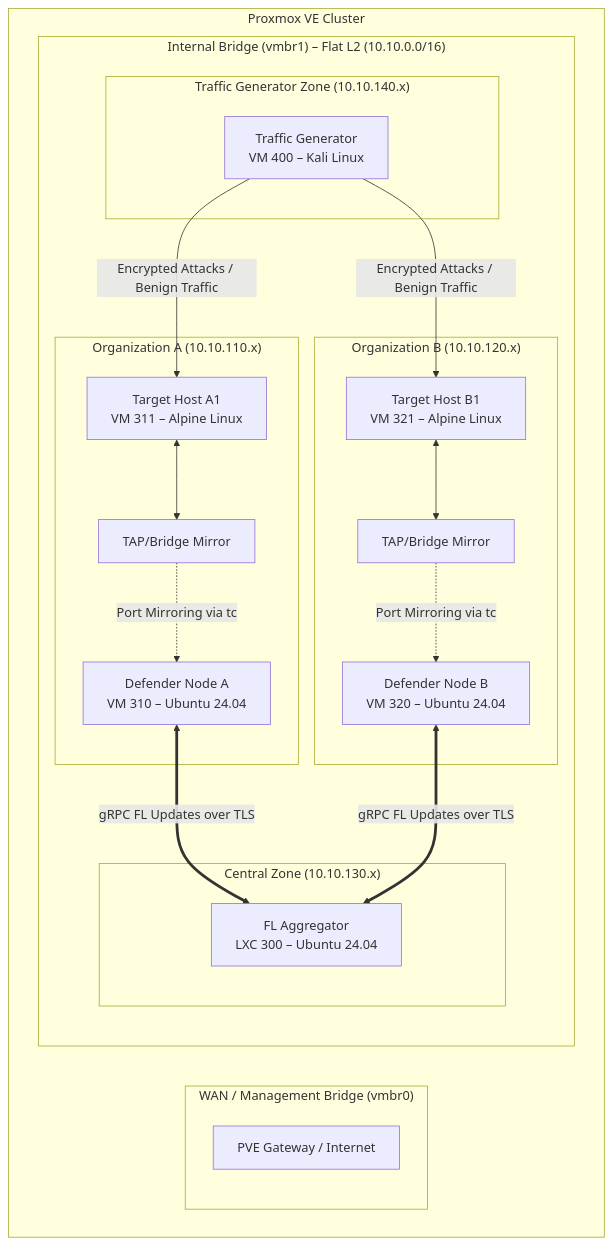
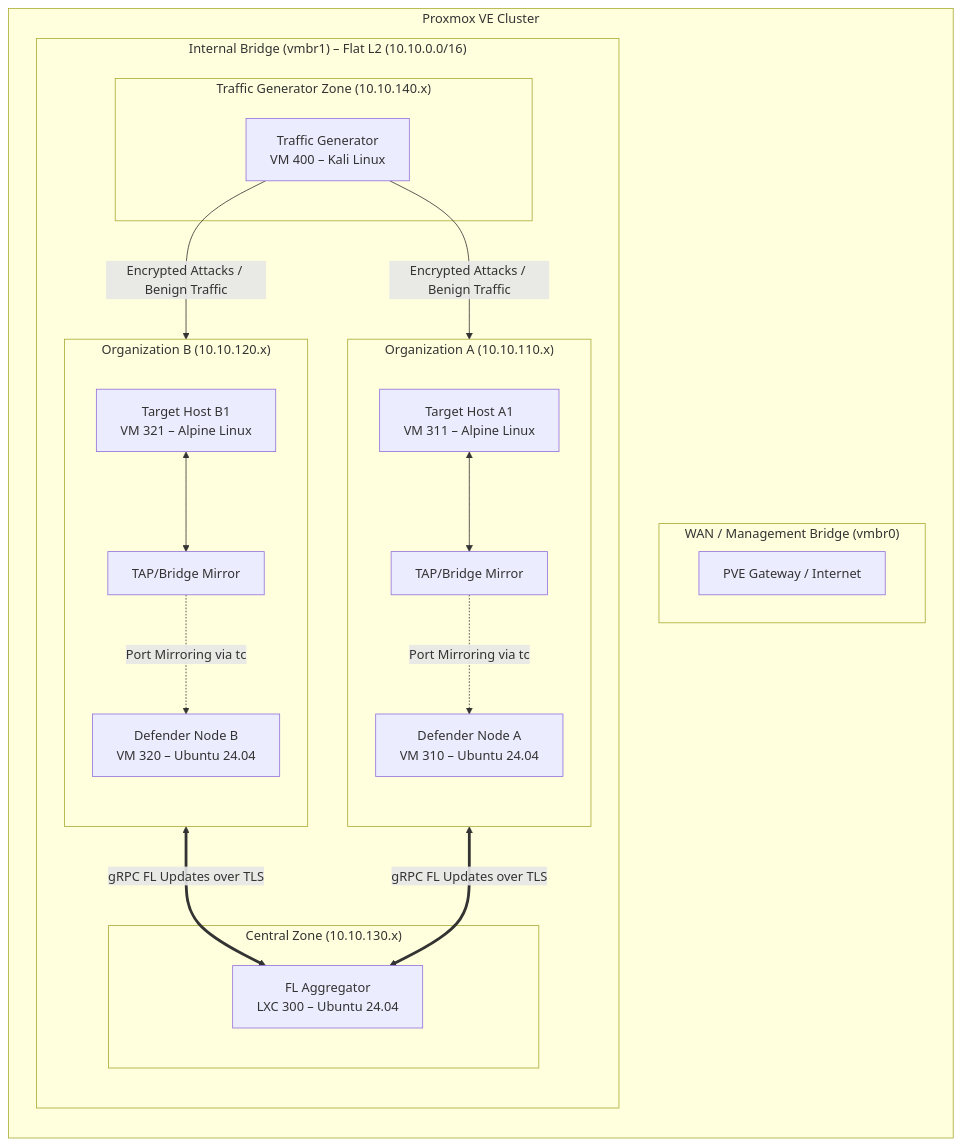
One commit to rhaffle87/fl-cl changed the first of 4 diagrams in docs/02_architecture.md. Above: the diagram before and after it, drawn with Mermaid. The commit also changed other lines of this file and 30 other files, not shown here.

Commit message:
feat: implement multi-architecture threat classification models and expand project documentation infrastructure

````diff
--- a/docs/02_architecture.md
+++ b/docs/02_architecture.md
@@ -22,42 +22,46 @@
 ```mermaid
-graph TD
- subgraph PVE_Cluster ["Proxmox VE Cluster"]
- subgraph WAN_Mgmt["WAN / Management Bridge (vmbr0)"]
- Router[PVE Gateway / Internet]
- end
+flowchart TD
+    subgraph PVE_Cluster ["Proxmox VE Cluster"]
+        direction TB
+        subgraph WAN_Mgmt ["WAN / Management Bridge (vmbr0)"]
+            Router["PVE Gateway / Internet"]
+        end
 
- subgraph SDN["Internal Bridge (vmbr1) – Flat L2 (10.10.0.0/16)"]
- subgraph CentralZone["Central Zone (10.10.130.x)"]
- Aggregator["FL Aggregator<br/>LXC 300 – Ubuntu 24.04"]
- end
- 
- subgraph OrgA["Organization A (10.10.110.x)"]
- DefenderA["Defender Node A<br/>VM 310 – Ubuntu 24.04"]
- TargetA["Target Host A1<br/>VM 311 – Alpine Linux"]
- MirrorA["TAP/Bridge Mirror"]
- end
+        subgraph SDN ["Internal Bridge (vmbr1) – Flat L2 (10.10.0.0/16)"]
+            direction TB
+            subgraph CentralZone ["Central Zone (10.10.130.x)"]
+                Aggregator["FL Aggregator<br/>LXC 300 – Ubuntu 24.04"]
+            end
 
- subgraph OrgB["Organization B (10.10.120.x)"]
- DefenderB["Defender Node B<br/>VM 320 – Ubuntu 24.04"]
- TargetB["Target Host B1<br/>VM 321 – Alpine Linux"]
- MirrorB["TAP/Bridge Mirror"]
- end
- 
- subgraph TrafficZone["Traffic Generator Zone (10.10.140.x)"]
- Attacker["Traffic Generator<br/>VM 400 – Kali Linux"]
- end
- end
- end
+            subgraph OrgA ["Organization A (10.10.110.x)"]
+                direction TB
+                DefenderA["Defender Node A<br/>VM 310 – Ubuntu 24.04"]
+                TargetA["Target Host A1<br/>VM 311 – Alpine Linux"]
+                MirrorA["TAP/Bridge Mirror"]
+            end
 
- Attacker -->|Encrypted Attacks / Benign Traffic| TargetA
- Attacker -->|Encrypted Attacks / Benign Traffic| TargetB
- 
- TargetA <--> MirrorA
- TargetB <--> MirrorB
- 
- MirrorA -.->|Port Mirroring via tc| DefenderA
- MirrorB -.->|Port Mirroring via tc| DefenderB
+            subgraph OrgB ["Organization B (10.10.120.x)"]
+                direction TB
+                DefenderB["Defender Node B<br/>VM 320 – Ubuntu 24.04"]
+                TargetB["Target Host B1<br/>VM 321 – Alpine Linux"]
+                MirrorB["TAP/Bridge Mirror"]
+            end
 
- DefenderA <==>|gRPC FL Updates over TLS| Aggregator
- DefenderB <==>|gRPC FL Updates over TLS| Aggregator
+            subgraph TrafficZone ["Traffic Generator Zone (10.10.140.x)"]
+                Attacker["Traffic Generator<br/>VM 400 – Kali Linux"]
+            end
+        end
+    end
+
+    Attacker -->|Encrypted Attacks / Benign Traffic| TargetA
+    Attacker -->|Encrypted Attacks / Benign Traffic| TargetB
+
+    TargetA <--> MirrorA
+    TargetB <--> MirrorB
+
+    MirrorA -.->|Port Mirroring via tc| DefenderA
+    MirrorB -.->|Port Mirroring via tc| DefenderB
+
+    DefenderA <==>|gRPC FL Updates over TLS| Aggregator
+    DefenderB <==>|gRPC FL Updates over TLS| Aggregator
 ```
````
